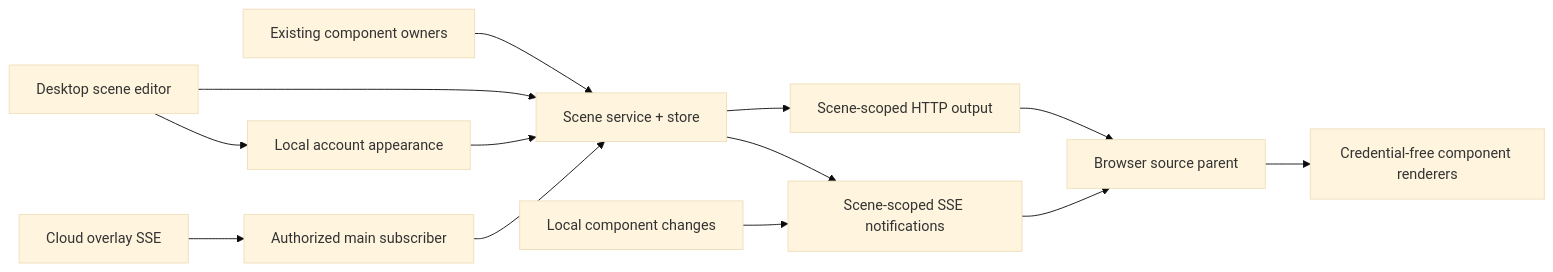
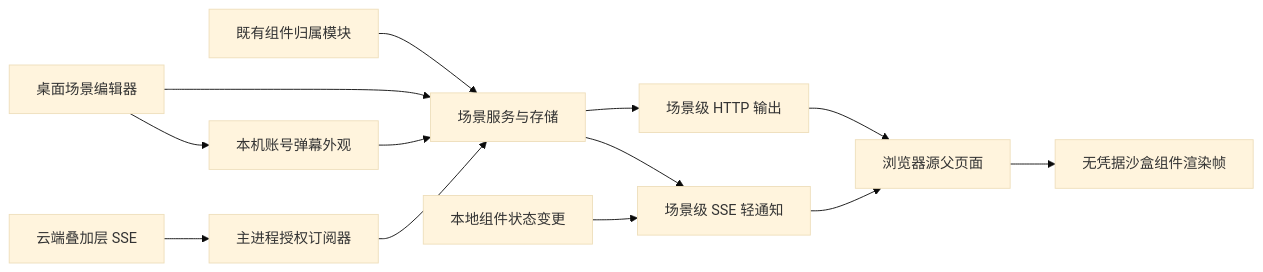
One commit to AuroraWhisperer/LIRA changed the diagram in docs/architecture/adr/0022-local-component-scenes.md. Above: the diagram before and after it, drawn with Mermaid (base theme). The commit also changed other lines of this file and 959 other files, not shown here.

````diff
--- a/docs/architecture/adr/0022-local-component-scenes.md
+++ b/docs/architecture/adr/0022-local-component-scenes.md
@@ -86,15 +53,15 @@
 ```mermaid
 flowchart LR
-  Admin["Desktop scene editor"] --> Scene["Scene service + store"]
-  Defaults["Existing component owners"] --> Scene
-  Appearance["Local account appearance"] --> Scene
+  Admin["桌面场景编辑器"] --> Scene["场景服务与存储"]
+  Defaults["既有组件归属模块"] --> Scene
+  Appearance["本机账号弹幕外观"] --> Scene
   Admin --> Appearance
-  Cloud["Cloud overlay SSE"] --> Main["Authorized main subscriber"]
+  Cloud["云端叠加层 SSE"] --> Main["主进程授权订阅器"]
   Main --> Scene
-  Scene --> Output["Scene-scoped HTTP output"]
-  Output --> Parent["Browser source parent"]
-  Runtime["Local component changes"] --> Events["Scene-scoped SSE notifications"]
+  Scene --> Output["场景级 HTTP 输出"]
+  Output --> Parent["浏览器源父页面"]
+  Runtime["本地组件状态变更"] --> Events["场景级 SSE 轻通知"]
   Scene --> Events
   Events --> Parent
-  Parent --> Frames["Credential-free component renderers"]
+  Parent --> Frames["无凭据沙盒组件渲染帧"]
 ```
````
